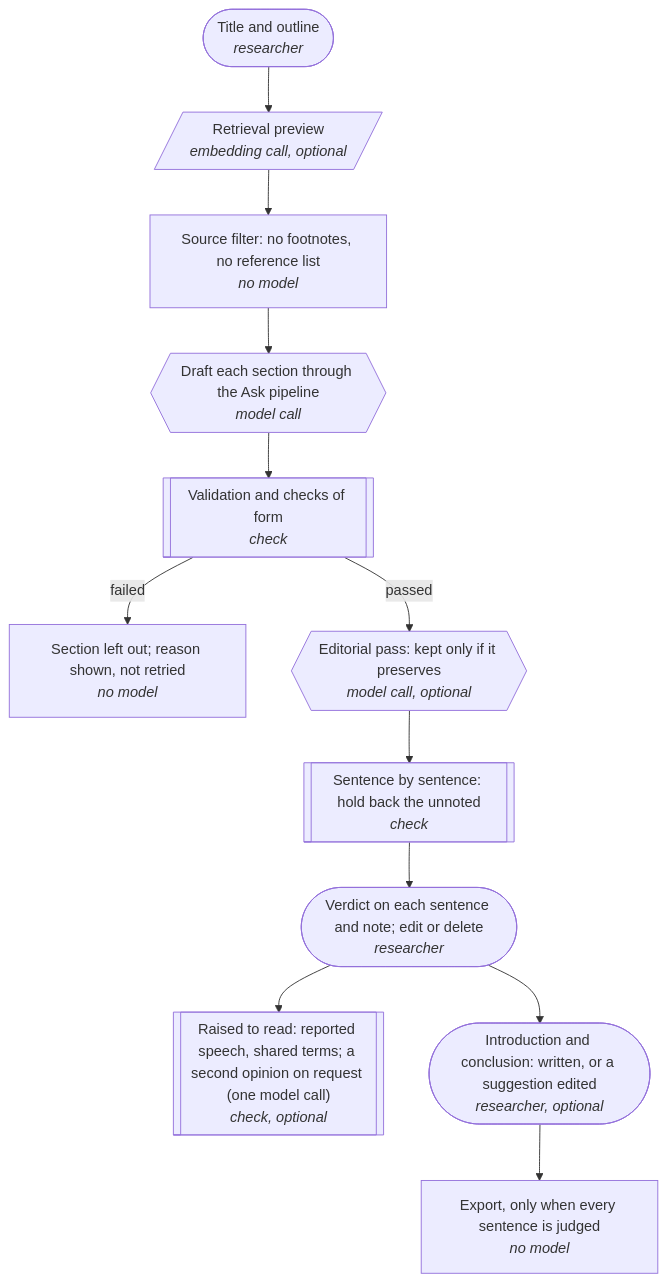
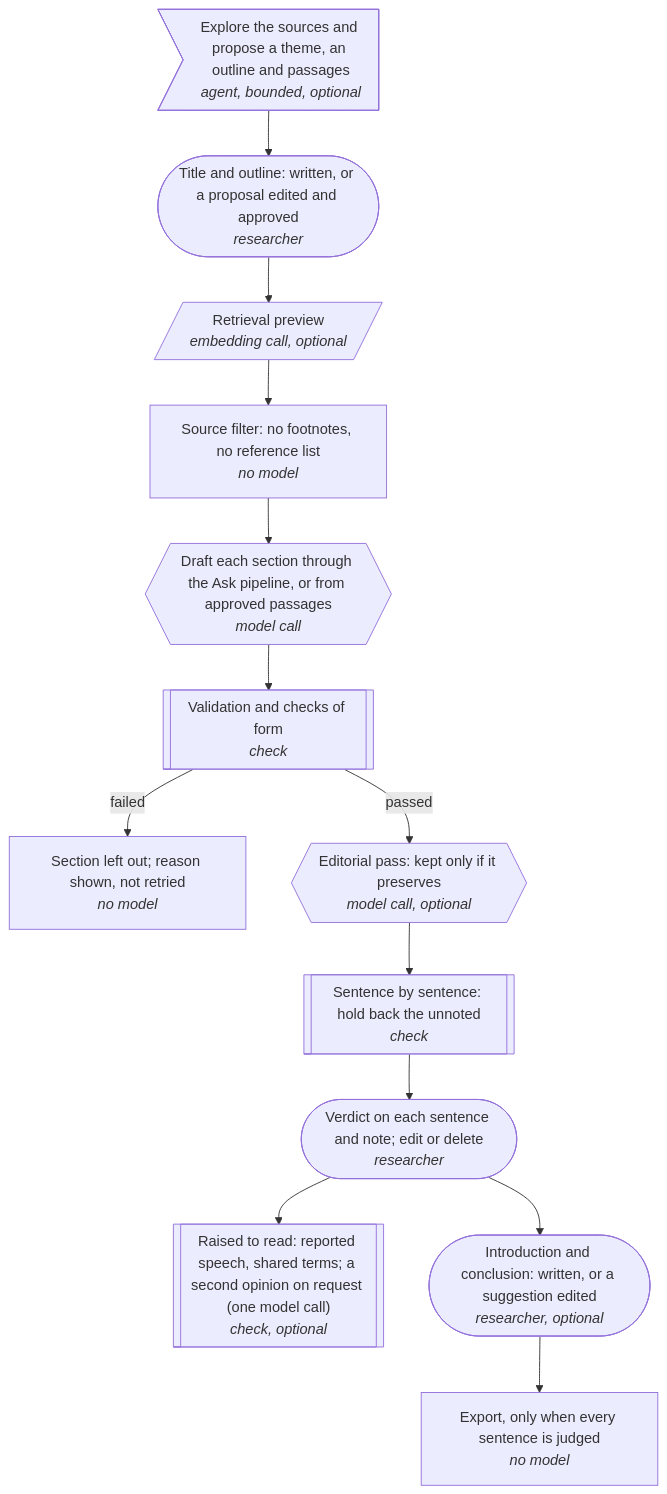
Before and after one commit to mattkari/source-grounded-rag: the second of 4 diagrams in docs/workflows.md, drawn with Mermaid. The commit also changed other lines of this file and 18 other files, not shown here.

First line of the commit message:
Sprint A1: an exploring agent that proposes, behind the researcher's approval

````diff
--- a/docs/workflows.md
+++ b/docs/workflows.md
@@ -52,26 +55,28 @@
 ```mermaid
 flowchart TD
-    outline(["Title and outline<br/><i>researcher</i>"])
+    explore>"Explore the sources and propose a theme, an outline and passages<br/><i>agent, bounded, optional</i>"]
+    outline(["Title and outline: written, or a proposal edited and approved<br/><i>researcher</i>"])
     preview[/"Retrieval preview<br/><i>embedding call, optional</i>"/]
     sources["Source filter: no footnotes, no reference list<br/><i>no model</i>"]
-    section{{"Draft each section through the Ask pipeline<br/><i>model call</i>"}}
+    section{{"Draft each section through the Ask pipeline, or from approved passages<br/><i>model call</i>"}}
     checks[["Validation and checks of form<br/><i>check</i>"]]
     blocked["Section left out; reason shown, not retried<br/><i>no model</i>"]
     editorial{{"Editorial pass: kept only if it preserves<br/><i>model call, optional</i>"}}
     sentences[["Sentence by sentence: hold back the unnoted<br/><i>check</i>"]]
     review(["Verdict on each sentence and note; edit or delete<br/><i>researcher</i>"])
     raised[["Raised to read: reported speech, shared terms; a second opinion on request (one model call)<br/><i>check, optional</i>"]]
     frame(["Introduction and conclusion: written, or a suggestion edited<br/><i>researcher, optional</i>"])
     export["Export, only when every sentence is judged<br/><i>no model</i>"]
+    explore --> outline
     outline --> preview
     preview --> sources
     sources --> section
     section --> checks
     checks -->|passed| editorial
     checks -->|failed| blocked
     editorial --> sentences
     sentences --> review
     review --> raised
     review --> frame
     frame --> export
 ```
````
